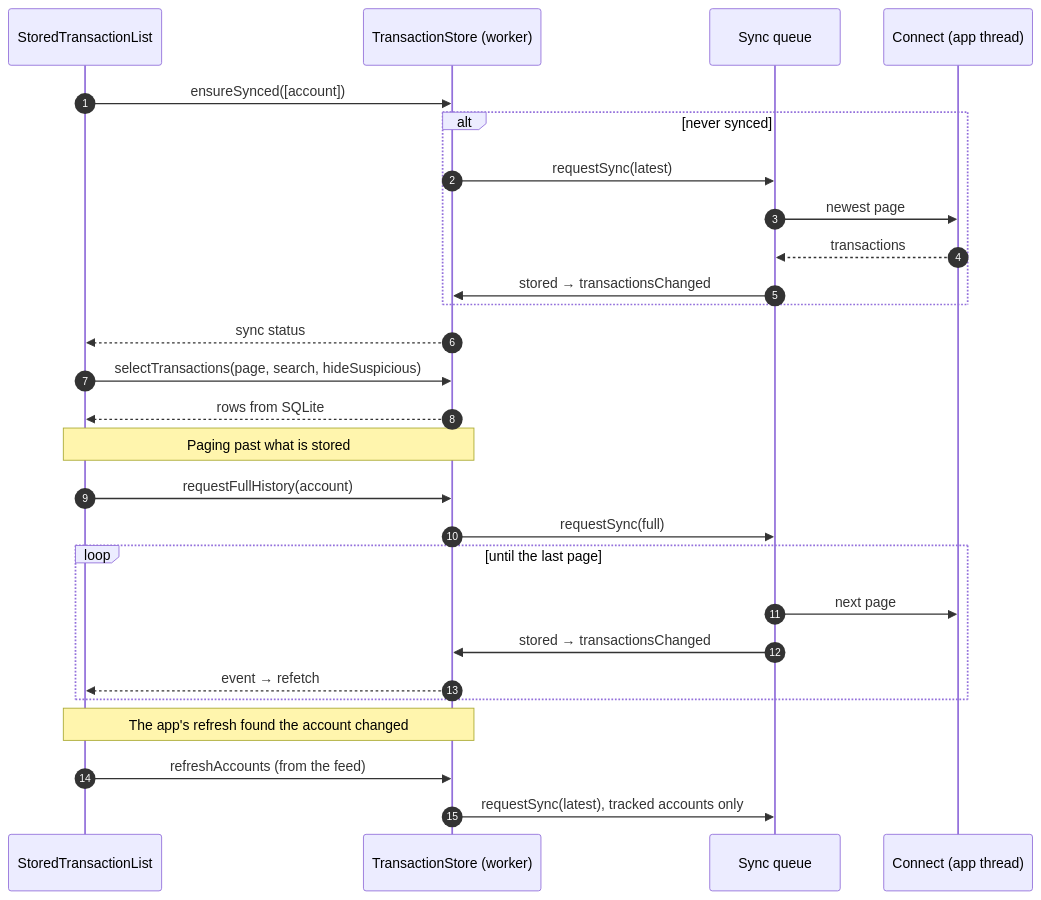
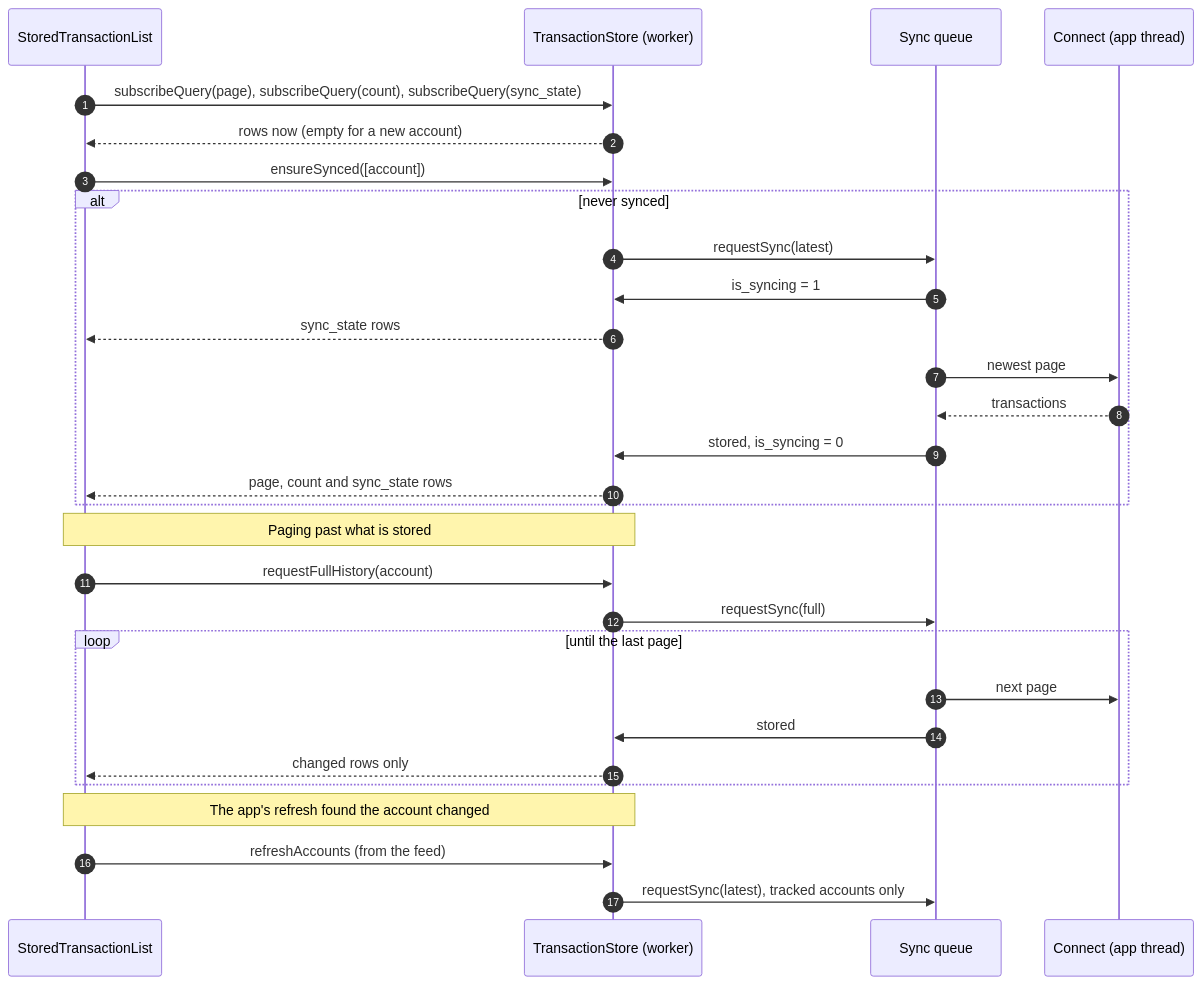
Before and after one commit to trezor/trezor-suite: the second of 3 diagrams in suite-common/transaction-store/README.md, drawn with Mermaid. The commit also changed other lines of this file and 28 other files, not shown here.

````diff
--- a/suite-common/transaction-store/README.md
+++ b/suite-common/transaction-store/README.md
@@ -123,32 +111,34 @@
 ```mermaid
 sequenceDiagram
     autonumber
     participant UI as StoredTransactionList
     participant Store as TransactionStore (worker)
     participant Queue as Sync queue
     participant Backend as Connect (app thread)
 
+    UI->>Store: subscribeQuery(page), subscribeQuery(count), subscribeQuery(sync_state)
+    Store-->>UI: rows now (empty for a new account)
     UI->>Store: ensureSynced([account])
     alt never synced
         Store->>Queue: requestSync(latest)
+        Queue->>Store: is_syncing = 1
+        Store-->>UI: sync_state rows
         Queue->>Backend: newest page
         Backend-->>Queue: transactions
-        Queue->>Store: stored → transactionsChanged
+        Queue->>Store: stored, is_syncing = 0
+        Store-->>UI: page, count and sync_state rows
     end
-    Store-->>UI: sync status
-    UI->>Store: selectTransactions(page, search, hideSuspicious)
-    Store-->>UI: rows from SQLite
 
     Note over UI,Store: Paging past what is stored
     UI->>Store: requestFullHistory(account)
     Store->>Queue: requestSync(full)
     loop until the last page
         Queue->>Backend: next page
-        Queue->>Store: stored → transactionsChanged
-        Store-->>UI: event → refetch
+        Queue->>Store: stored
+        Store-->>UI: changed rows only
     end
 
     Note over UI,Store: The app's refresh found the account changed
     UI->>Store: refreshAccounts (from the feed)
     Store->>Queue: requestSync(latest), tracked accounts only
 ```
````
